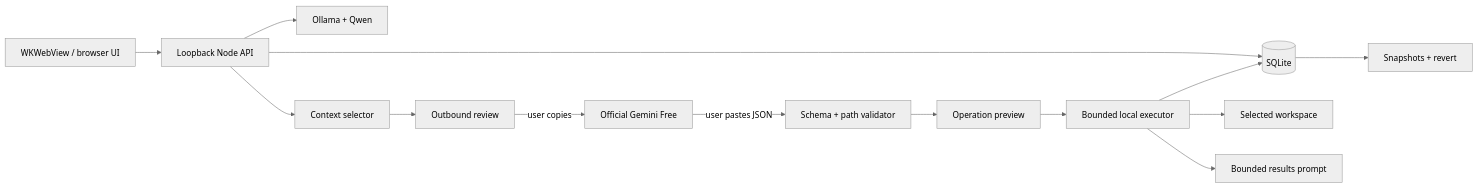
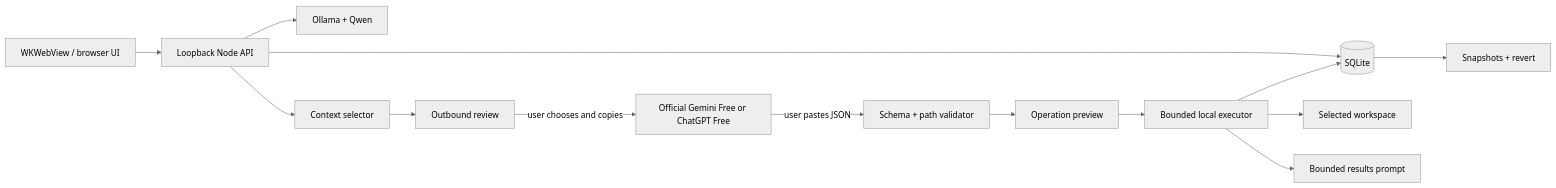
Before and after one commit to Dev0081118/Orbit: the diagram in docs/ARCHITECTURE.md, drawn with Mermaid (neutral theme). The commit also changed other lines of this file and 10 other files, not shown here.

Commit message:
Add ChatGPT Free handoff provider

````diff
--- a/docs/ARCHITECTURE.md
+++ b/docs/ARCHITECTURE.md
@@ -3,16 +3,16 @@
 ```mermaid
 flowchart LR
   UI[WKWebView / browser UI] --> API[Loopback Node API]
   API --> DB[(SQLite)]
   API --> Offline[Ollama + Qwen]
   API --> Context[Context selector]
   Context --> Review[Outbound review]
-  Review -->|user copies| Gemini[Official Gemini Free]
-  Gemini -->|user pastes JSON| Validate[Schema + path validator]
+  Review -->|user chooses and copies| Provider[Official Gemini Free or ChatGPT Free]
+  Provider -->|user pastes JSON| Validate[Schema + path validator]
   Validate --> Preview[Operation preview]
   Preview --> Execute[Bounded local executor]
   Execute --> Workspace[Selected workspace]
   Execute --> DB
   DB --> Revert[Snapshots + revert]
   Execute --> Followup[Bounded results prompt]
 ```
````
